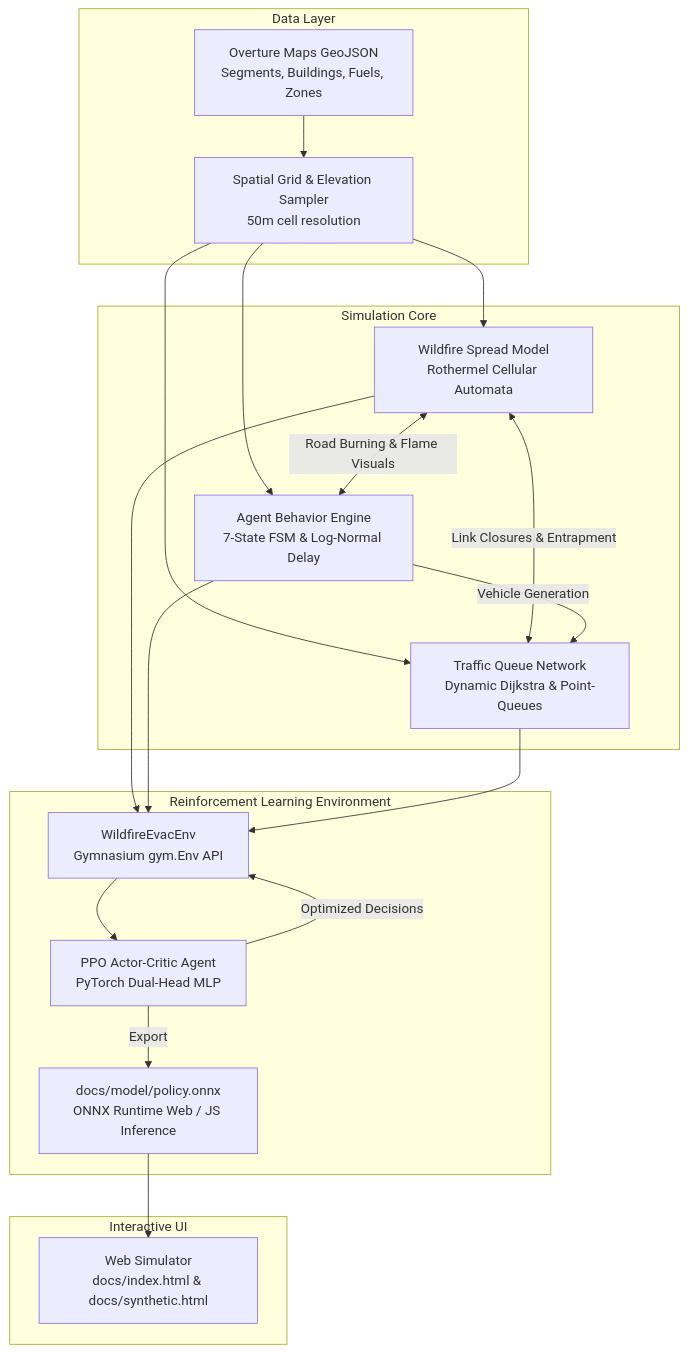
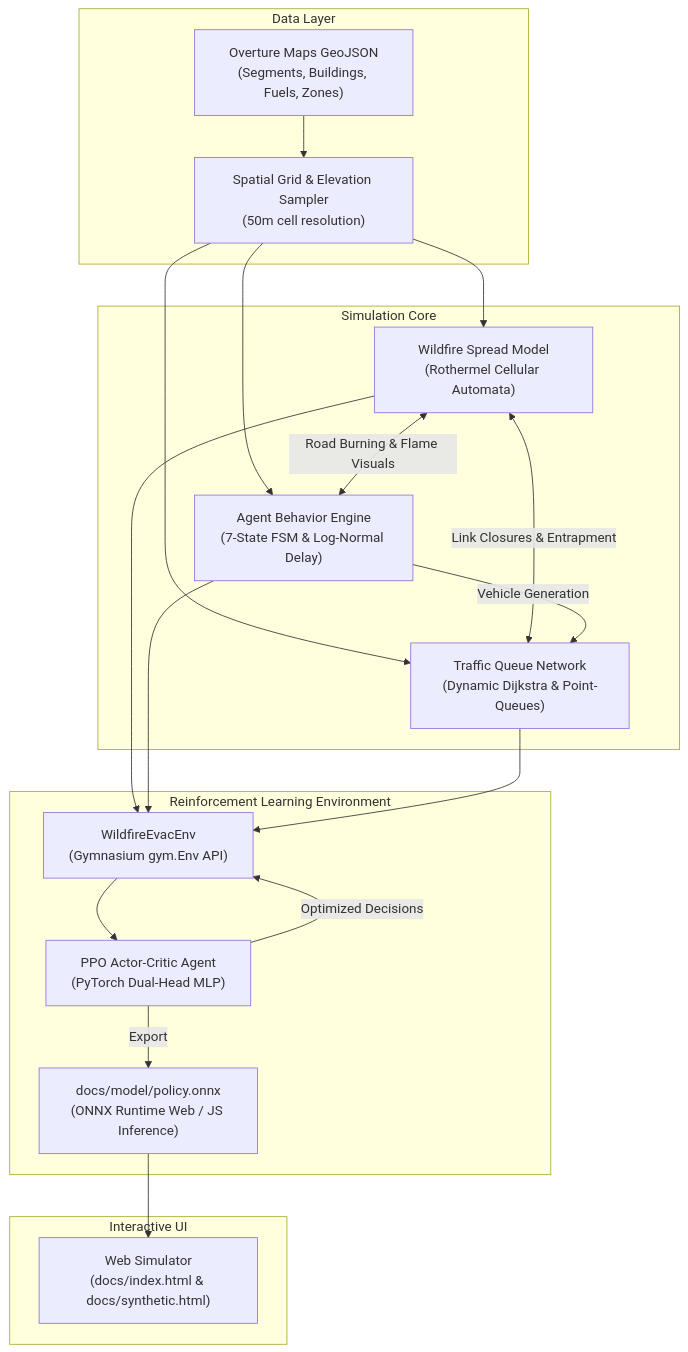
The first of 2 diagrams in description.md (rskris/agentsim_wildfire), drawn with Mermaid before and after one commit. The commit also changed other lines of this file, not shown here.

Commit message:
Fix math equation rendering and Mermaid block syntax in description.md

````diff
--- a/description.md
+++ b/description.md
@@ -11,26 +11,26 @@
 ```mermaid
 flowchart TD
-    subgraph Data Layer
-        A[Overture Maps GeoJSON<br/>Segments, Buildings, Fuels, Zones] --> B[Spatial Grid & Elevation Sampler<br/>50m cell resolution]
+    subgraph Data_Layer ["Data Layer"]
+        A["Overture Maps GeoJSON<br/>(Segments, Buildings, Fuels, Zones)"] --> B["Spatial Grid & Elevation Sampler<br/>(50m cell resolution)"]
     end
 
-    subgraph Simulation Core
-        B --> C[Wildfire Spread Model<br/>Rothermel Cellular Automata]
-        B --> D[Agent Behavior Engine<br/>7-State FSM & Log-Normal Delay]
-        B --> E[Traffic Queue Network<br/>Dynamic Dijkstra & Point-Queues]
-        C <-->|Road Burning & Flame Visuals| D
-        C <-->|Link Closures & Entrapment| E
-        D -->|Vehicle Generation| E
+    subgraph Simulation_Core ["Simulation Core"]
+        B --> C["Wildfire Spread Model<br/>(Rothermel Cellular Automata)"]
+        B --> D["Agent Behavior Engine<br/>(7-State FSM & Log-Normal Delay)"]
+        B --> E["Traffic Queue Network<br/>(Dynamic Dijkstra & Point-Queues)"]
+        C <-->|"Road Burning & Flame Visuals"| D
+        C <-->|"Link Closures & Entrapment"| E
+        D -->|"Vehicle Generation"| E
     end
 
-    subgraph Reinforcement Learning Environment
-        C & D & E --> F[WildfireEvacEnv<br/>Gymnasium gym.Env API]
-        F --> G[PPO Actor-Critic Agent<br/>PyTorch Dual-Head MLP]
-        G -->|Optimized Decisions| F
-        G -->|Export| H[docs/model/policy.onnx<br/>ONNX Runtime Web / JS Inference]
+    subgraph RL_Environment ["Reinforcement Learning Environment"]
+        C & D & E --> F["WildfireEvacEnv<br/>(Gymnasium gym.Env API)"]
+        F --> G["PPO Actor-Critic Agent<br/>(PyTorch Dual-Head MLP)"]
+        G -->|"Optimized Decisions"| F
+        G -->|"Export"| H["docs/model/policy.onnx<br/>(ONNX Runtime Web / JS Inference)"]
     end
 
-    subgraph Interactive UI
-        H --> I[Web Simulator<br/>docs/index.html & docs/synthetic.html]
+    subgraph Interactive_UI ["Interactive UI"]
+        H --> I["Web Simulator<br/>(docs/index.html & docs/synthetic.html)"]
     end
 ```
````
